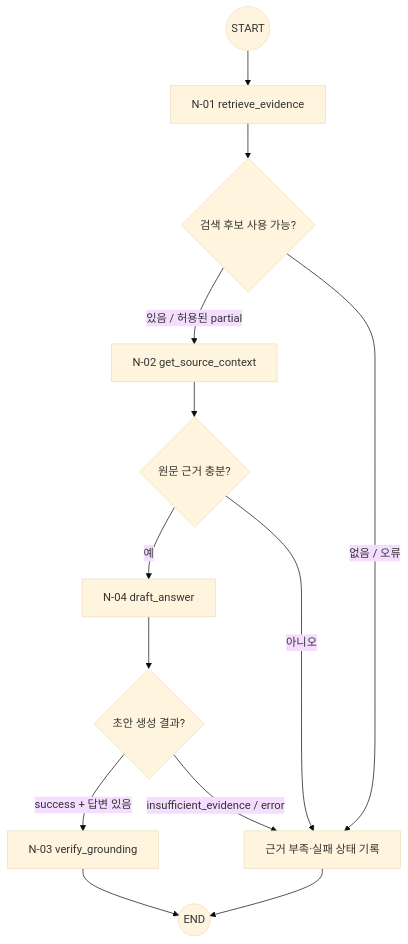
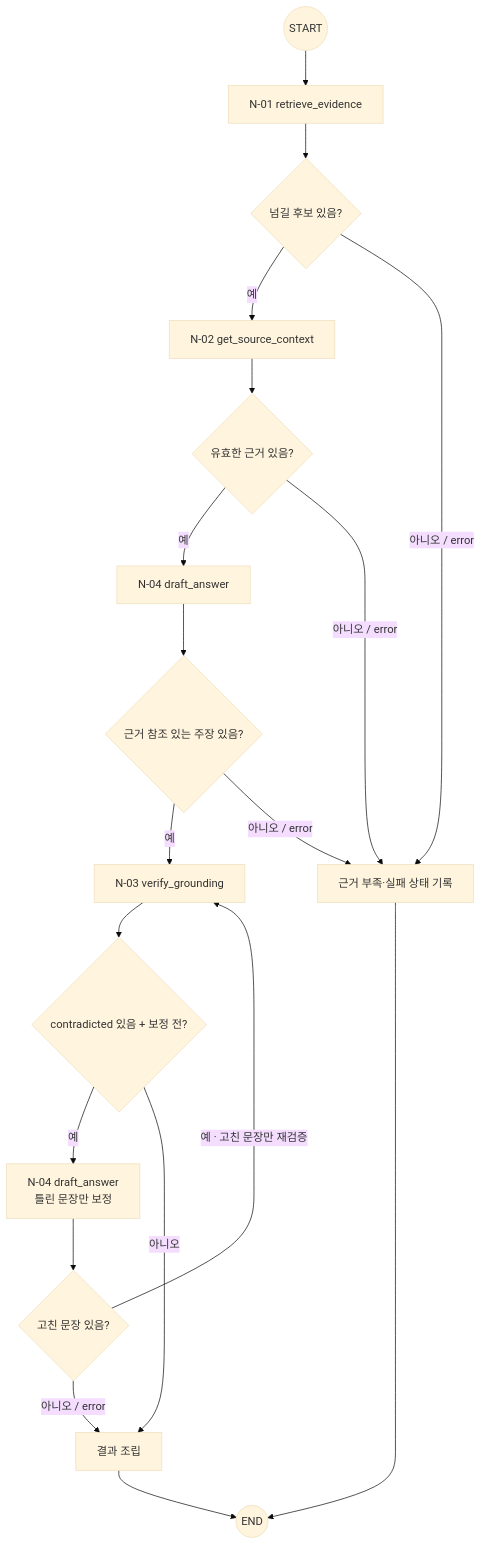
One commit to Jungminii-1114/ReportAnchor changed the second of 2 diagrams in docs/big-nodes/T-01.md. Above: the diagram before and after it, drawn with Mermaid (base theme). The commit also changed other lines of this file and 15 other files, not shown here.

````diff
--- a/docs/big-nodes/T-01.md
+++ b/docs/big-nodes/T-01.md
@@ -64,15 +67,21 @@
 ```mermaid
 flowchart TD
   START((START)) --> N01["N-01 retrieve_evidence"]
-  N01 --> C{"검색 후보 사용 가능?"}
-  C -->|"있음 / 허용된 partial"| N02["N-02 get_source_context"]
-  C -->|"없음 / 오류"| HOLD["근거 부족·실패 상태 기록"]
-  N02 --> D{"원문 근거 충분?"}
+  N01 --> C{"넘길 후보 있음?"}
+  C -->|예| N02["N-02 get_source_context"]
+  C -->|"아니오 / error"| HOLD["근거 부족·실패 상태 기록"]
+  N02 --> D{"유효한 근거 있음?"}
   D -->|예| N04["N-04 draft_answer"]
-  D -->|아니오| HOLD
-  N04 --> E{"초안 생성 결과?"}
-  E -->|"success + 답변 있음"| N03["N-03 verify_grounding"]
-  E -->|"insufficient_evidence / error"| HOLD
-  N03 --> END((END))
+  D -->|"아니오 / error"| HOLD
+  N04 --> E{"근거 참조 있는 주장 있음?"}
+  E -->|예| N03["N-03 verify_grounding"]
+  E -->|"아니오 / error"| HOLD
+  N03 --> F{"contradicted 있음 + 보정 전?"}
+  F -->|예| REV["N-04 draft_answer<br/>틀린 문장만 보정"]
+  F -->|아니오| RESULT["결과 조립"]
+  REV --> G{"고친 문장 있음?"}
+  G -->|"예 · 고친 문장만 재검증"| N03
+  G -->|"아니오 / error"| RESULT
+  RESULT --> END((END))
   HOLD --> END
 ```
````
